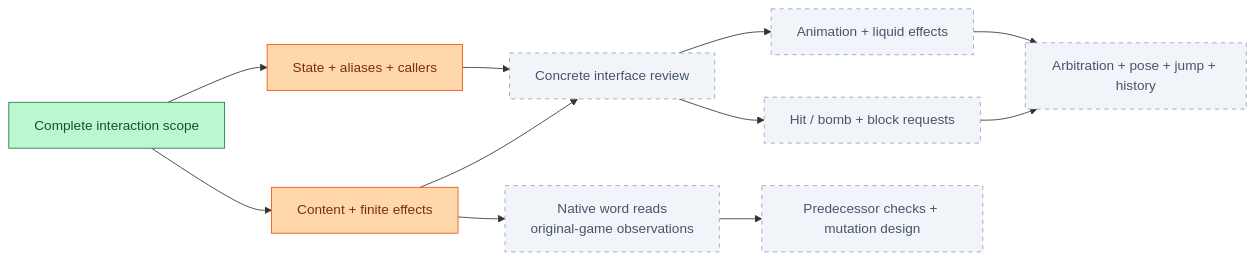
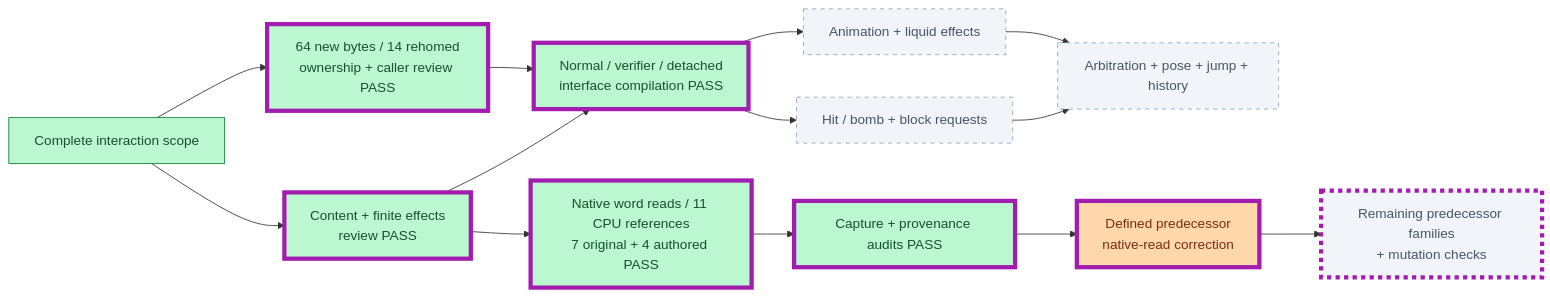
One commit to JimLundin/sm-decomp changed the fourth of 23 diagrams in PROGRESS.md. Above: the diagram before and after it, drawn with Mermaid. The commit also changed other lines of this file and 6 other files, not shown here.

````diff
--- a/PROGRESS.md
+++ b/PROGRESS.md
@@ -216,17 +215,20 @@
 ```mermaid
 flowchart LR
-    TS["Complete interaction scope"]:::done --> TO["State + aliases + callers"]:::active
-    TS --> TC["Content + finite effects"]:::active
-    TO --> TI["Concrete interface review"]:::pending
+    TS["Complete interaction scope"]:::done --> TO["64 new bytes / 14 rehomed<br/>ownership + caller review PASS"]:::done
+    TS --> TC["Content + finite effects<br/>review PASS"]:::done
+    TO --> TI["Normal / verifier / detached<br/>interface compilation PASS"]:::done
     TC --> TI
-    TC --> TU["Native word reads<br/>original-game observations"]:::pending
+    TC --> TU["Native word reads / 11 CPU references<br/>7 original + 4 authored PASS"]:::done
     TI --> TA["Animation + liquid effects"]:::pending
     TI --> TH["Hit / bomb + block requests"]:::pending
     TA --> TR["Arbitration + pose + jump + history"]:::pending
     TH --> TR
-    TU --> TV["Predecessor checks + mutation design"]:::pending
+    TU --> TUA["Capture + provenance audits PASS"]:::done
+    TUA --> TUD["Defined predecessor<br/>native-read correction"]:::active
+    TUD --> TV["Remaining predecessor families<br/>+ mutation checks"]:::pending
+    class TO,TC,TI,TU,TUA,TUD,TV changed
     classDef done fill:#bbf7d0,stroke:#15803d,color:#14532d
     classDef active fill:#fed7aa,stroke:#ea580c,color:#7c2d12
     classDef pending fill:#f1f5f9,stroke:#94a3b8,color:#475569,stroke-dasharray:5 5
     classDef changed stroke:#a21caf,stroke-width:5px
 ```
````
